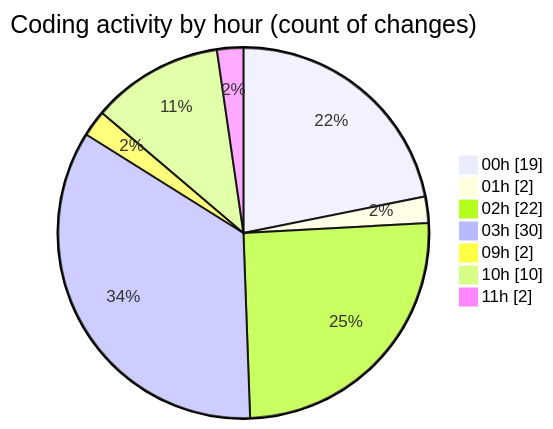
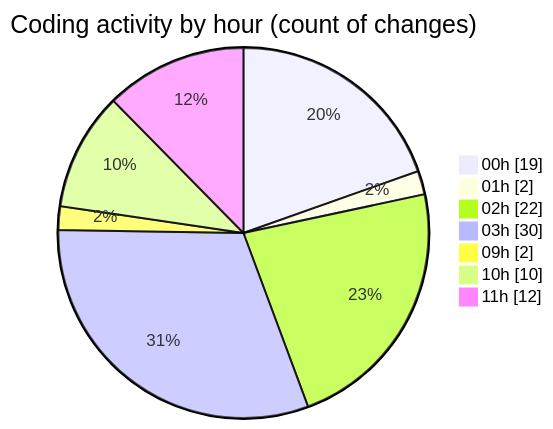
The second of 2 diagrams in 2025-10-21/eventscop-frontend-guide__workspace_/README.md (julien-gomy/code-tracking), drawn with Mermaid before and after one commit. The commit also changed other lines of this file and 1 other file, not shown here.

````diff
--- a/2025-10-21/eventscop-frontend-guide__workspace_/README.md
+++ b/2025-10-21/eventscop-frontend-guide__workspace_/README.md
@@ -47,11 +47,11 @@
 ```mermaid
 pie showData
 title Coding activity by hour (count of changes)
 "00h" : 19
 "01h" : 2
 "02h" : 22
 "03h" : 30
 "09h" : 2
 "10h" : 10
-"11h" : 2
+"11h" : 12
 ```
````
